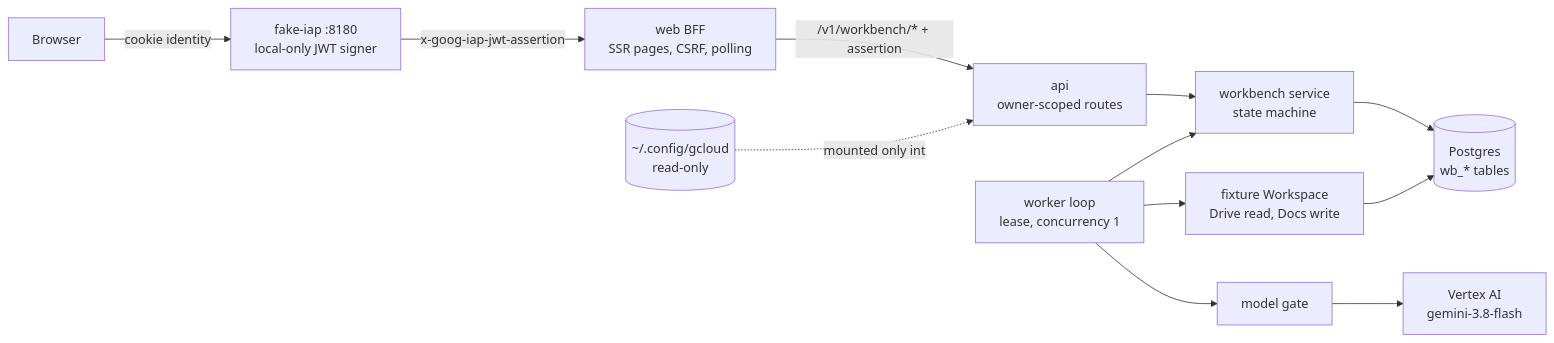
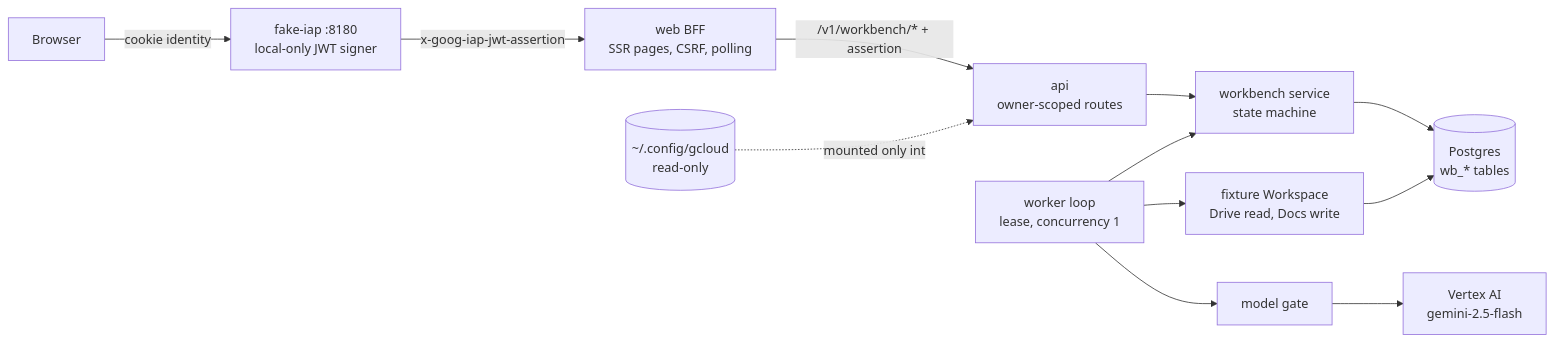
Before and after one commit to yu-iskw/agent-works: the first of 2 diagrams in docs/p0/README.md, drawn with Mermaid. The commit also changed other lines of this file and 14 other files, not shown here.

First line of the commit message:
fix(compose): default Vertex to asia-northeast1 and gemini-2.5-flash per ADR-0003 (#202)

````diff
--- a/docs/p0/README.md
+++ b/docs/p0/README.md
@@ -169,13 +169,13 @@
 ```mermaid
 flowchart LR
   B[Browser] -->|cookie identity| IAP[fake-iap :8180<br/>local-only JWT signer]
   IAP -->|x-goog-iap-jwt-assertion| WEB[web BFF<br/>SSR pages, CSRF, polling]
   WEB -->|/v1/workbench/* + assertion| API[api<br/>owner-scoped routes]
   API --> SVC[workbench service<br/>state machine]
   W[worker loop<br/>lease, concurrency 1] --> SVC
   W --> WS[fixture Workspace<br/>Drive read, Docs write]
-  W --> GATE[model gate] --> VX[Vertex AI<br/>gemini-3.8-flash]
+  W --> GATE[model gate] --> VX[Vertex AI<br/>gemini-2.5-flash]
   SVC --> PG[(Postgres<br/>wb_* tables)]
   WS --> PG
   ADC[(~/.config/gcloud<br/>read-only)] -.mounted only into.-> API
 ```
````
